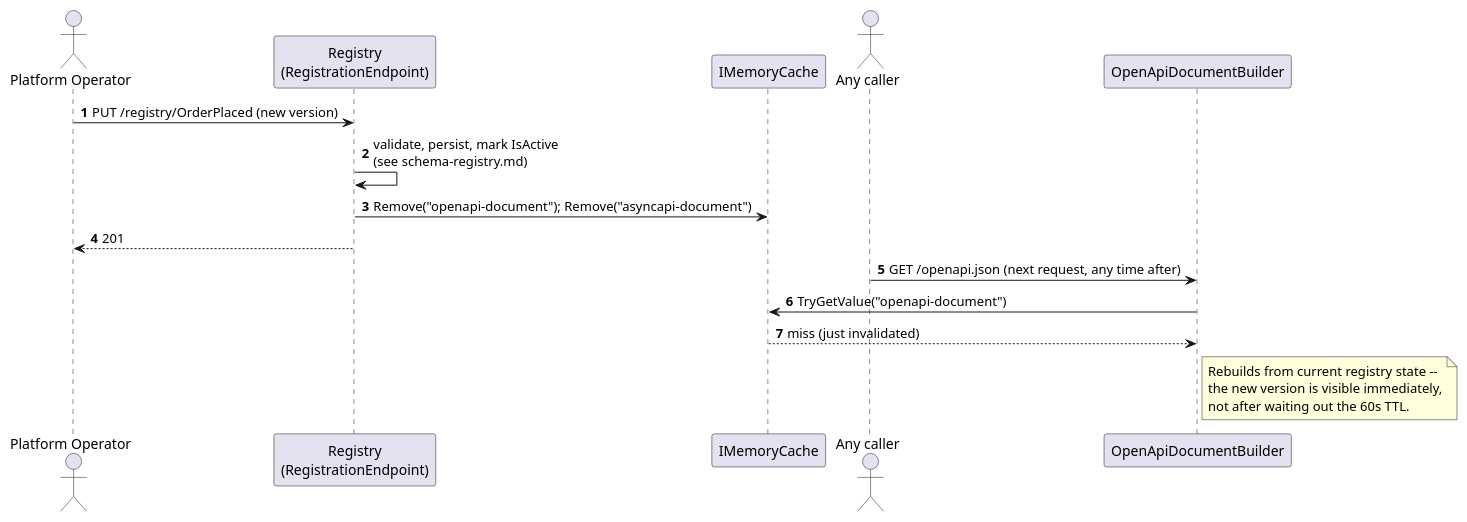
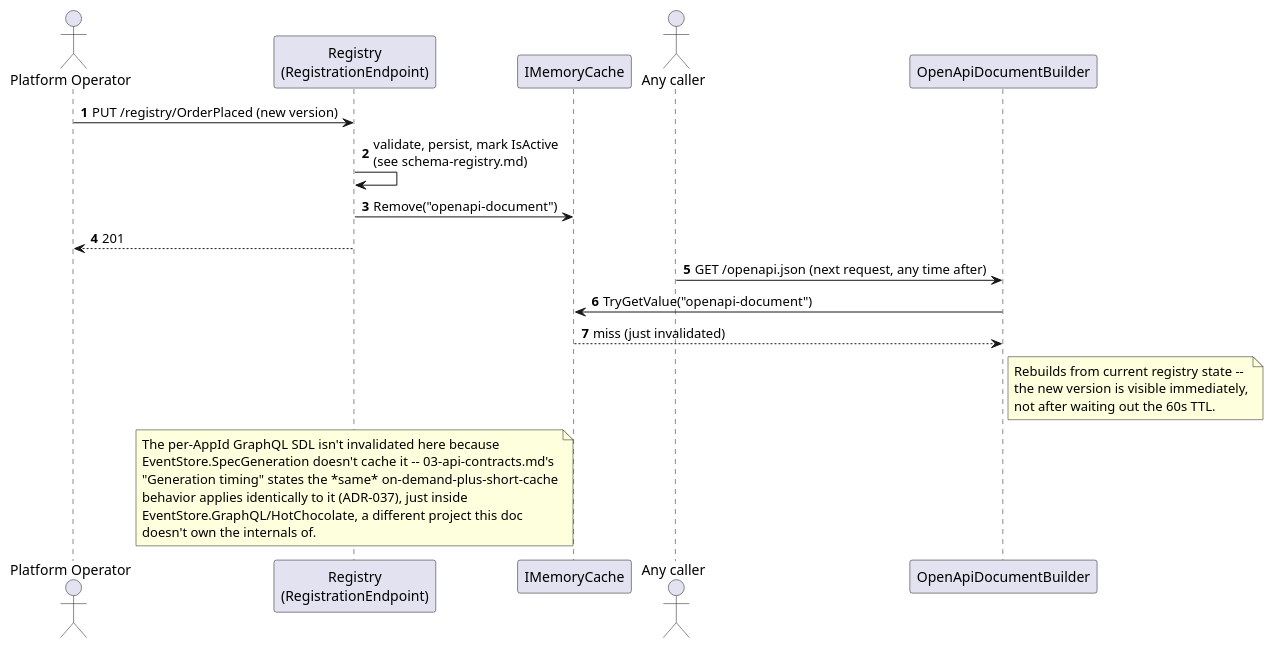
The second of 2 diagrams in docs/features/spec-generation.md (Mwwhited-BookLearning/EventSourcing), drawn with PlantUML before and after one commit. The commit also changed other lines of this file and 37 other files, not shown here.

````diff
--- a/docs/features/spec-generation.md
+++ b/docs/features/spec-generation.md
@@ -56,24 +75,32 @@
 ```plantuml
 @startuml SpecGeneration_Invalidation_Sequence
 autonumber
 actor "Platform Operator" as operator
 participant "Registry\n(RegistrationEndpoint)" as registryEndpoint
 participant "IMemoryCache" as cache
 actor "Any caller" as caller
 participant "OpenApiDocumentBuilder" as docBuilder
 
 operator -> registryEndpoint: PUT /registry/OrderPlaced (new version)
 registryEndpoint -> registryEndpoint: validate, persist, mark IsActive\n(see schema-registry.md)
-registryEndpoint -> cache: Remove("openapi-document"); Remove("asyncapi-document")
+registryEndpoint -> cache: Remove("openapi-document")
 registryEndpoint --> operator: 201
 
 caller -> docBuilder: GET /openapi.json (next request, any time after)
 docBuilder -> cache: TryGetValue("openapi-document")
 cache --> docBuilder: miss (just invalidated)
 note right of docBuilder
   Rebuilds from current registry state --
   the new version is visible immediately,
   not after waiting out the 60s TTL.
 end note
+note over registryEndpoint
+  The per-AppId GraphQL SDL isn't invalidated here because
+  EventStore.SpecGeneration doesn't cache it -- 03-api-contracts.md's
+  "Generation timing" states the *same* on-demand-plus-short-cache
+  behavior applies identically to it (ADR-037), just inside
+  EventStore.GraphQL/HotChocolate, a different project this doc
+  doesn't own the internals of.
+end note
 @enduml
 ```
````
